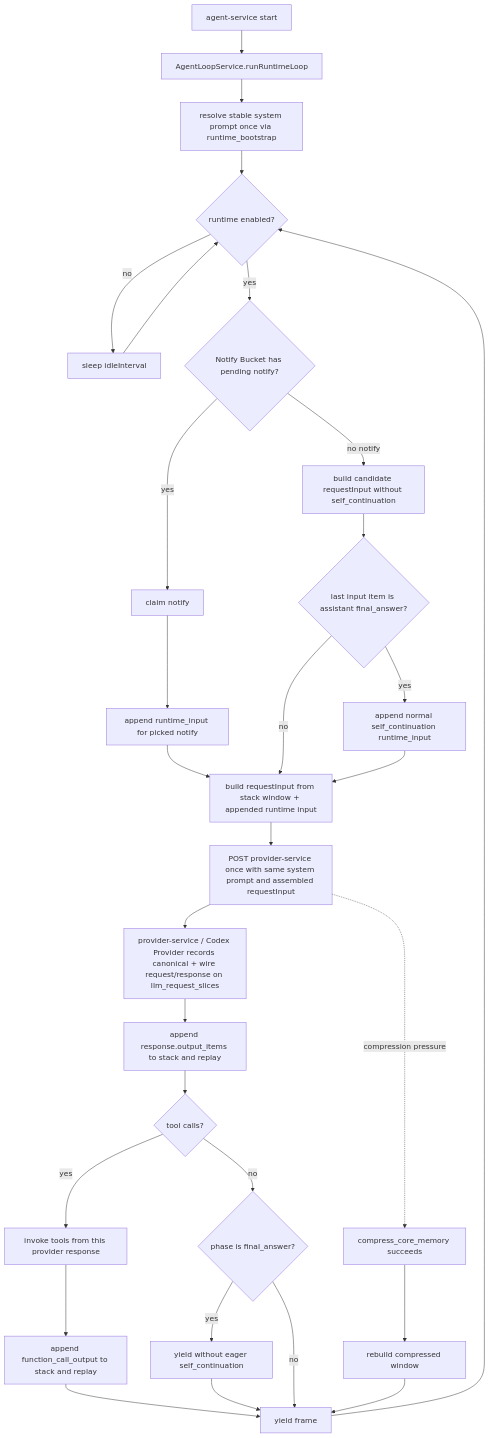
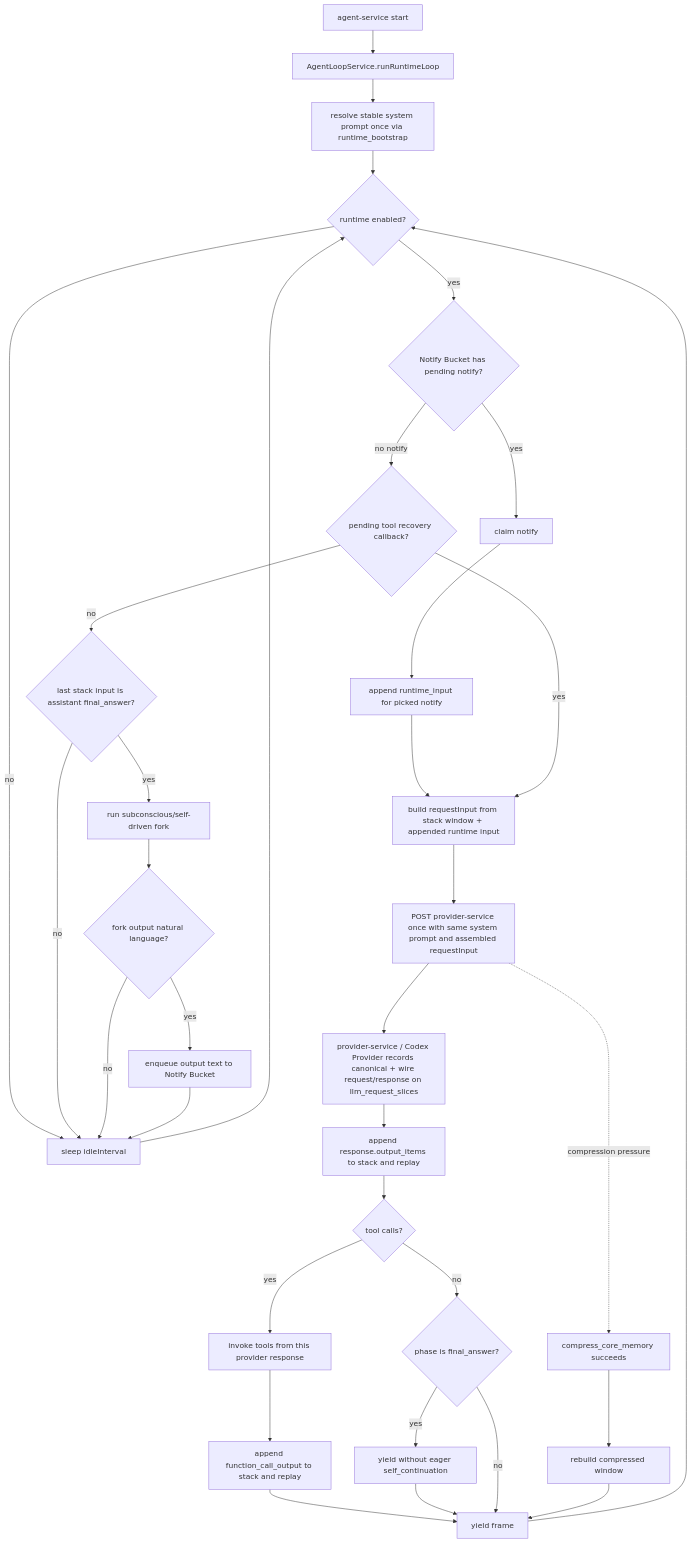
Before and after one commit to Hei-AI/xiaoni_cc: the diagram in docs/XIAONI_AGENT_STACK_LEDGER.md, drawn with Mermaid. The commit also changed other lines of this file and 30 other files, not shown here.

Commit message:
feat(agent-service): route final-answer idle through subconscious notify

````diff
--- a/docs/XIAONI_AGENT_STACK_LEDGER.md
+++ b/docs/XIAONI_AGENT_STACK_LEDGER.md
@@ -41,32 +45,36 @@
 ```mermaid
 flowchart TD
   A[agent-service start] --> B[AgentLoopService.runRuntimeLoop]
   B --> C[resolve stable system prompt once via runtime_bootstrap]
   C --> D{runtime enabled?}
   D -- no --> E[sleep idleInterval]
   E --> D
   D -- yes --> F{Notify Bucket has pending notify?}
   F -- yes --> G[claim notify]
-  F -- no notify --> I[build candidate requestInput without self_continuation]
+  F -- no notify --> I{pending tool recovery callback?}
   G --> J[append runtime_input for picked notify]
   J --> K[build requestInput from stack window + appended runtime input]
-  I --> Q{last input item is assistant final_answer?}
-  Q -- yes --> W[append normal self_continuation runtime_input]
-  Q -- no --> K
-  W --> K
+  I -- yes --> K
+  I -- no --> Q{last stack input is assistant final_answer?}
+  Q -- yes --> W[run subconscious/self-driven fork]
+  Q -- no --> E
+  W --> Y{fork output natural language?}
+  Y -- yes --> Z[enqueue output text to Notify Bucket]
+  Y -- no --> E
+  Z --> E
   K --> L[POST provider-service once with same system prompt and assembled requestInput]
   L --> X[provider-service / Codex Provider records canonical + wire request/response on llm_request_slices]
   X --> M[append response.output_items to stack and replay]
   M --> N{tool calls?}
   N -- yes --> O[invoke tools from this provider response]
   O --> P[append function_call_output to stack and replay]
   P --> V[yield frame]
   N -- no --> R{phase is final_answer?}
   R -- yes --> S[yield without eager self_continuation]
   S --> V
   R -- no --> V
   V --> D
   L -. compression pressure .-> T[compress_core_memory succeeds]
   T --> U[rebuild compressed window]
   U --> V
 ```
````
